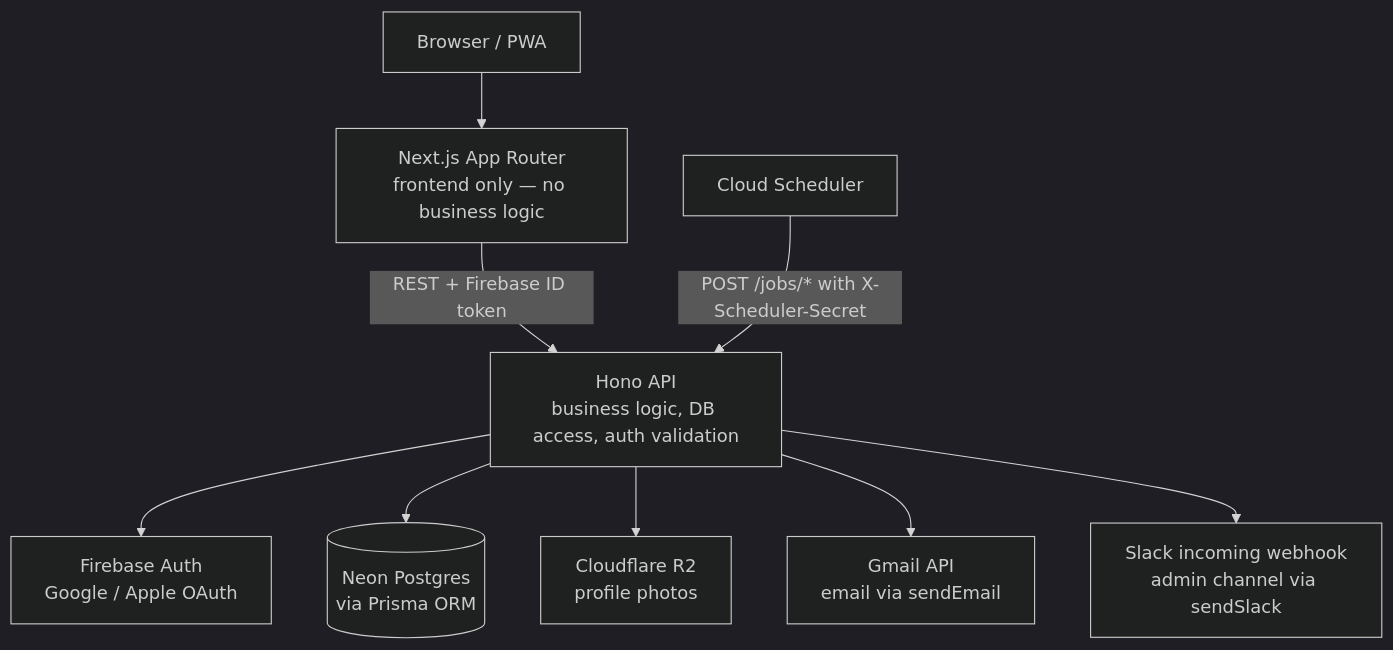
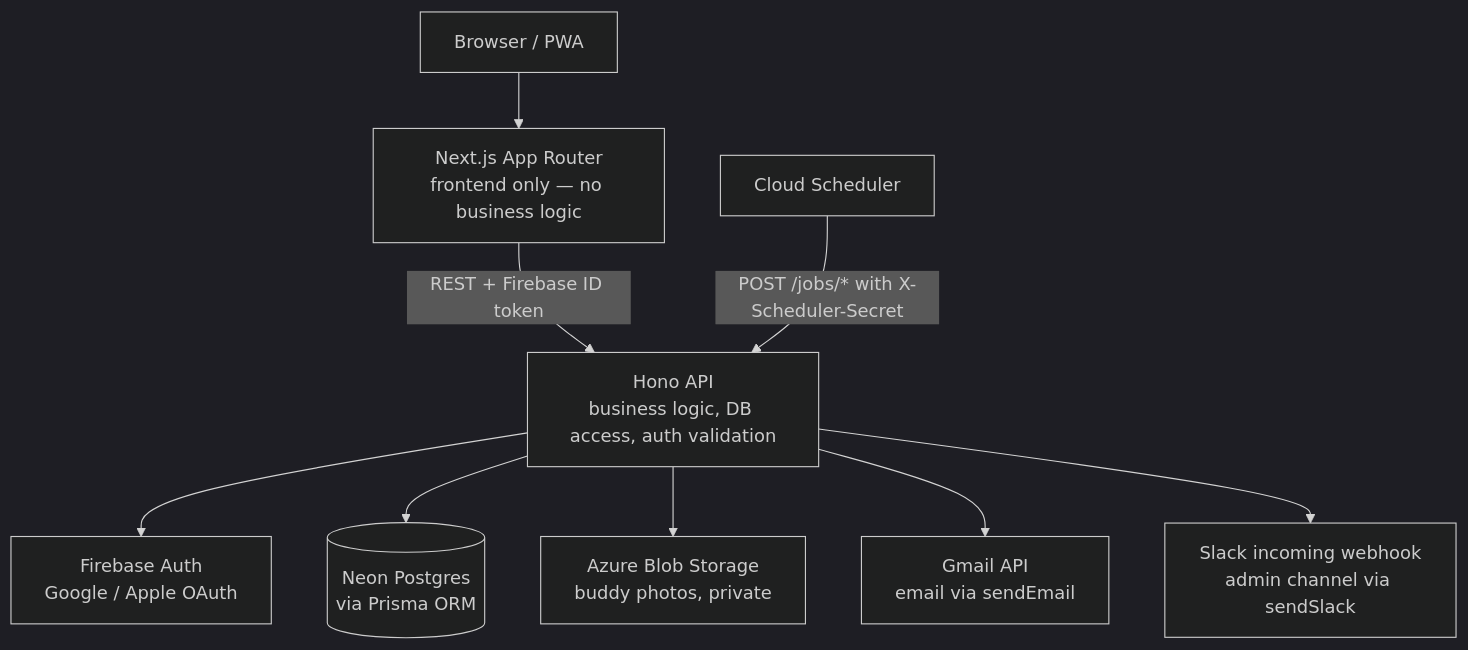
One commit to Lynns0416/buddy-app-copy changed the first of 8 diagrams in docs/architecture.md. Above: the diagram before and after it, drawn with Mermaid (dark theme). The commit also changed other lines of this file and 28 other files, not shown here.

First line of the commit message:
Infra/154 porting photo service from r2 to azure blob (#192)

````diff
--- a/docs/architecture.md
+++ b/docs/architecture.md
@@ -5,22 +5,22 @@
 ```mermaid
 flowchart TD
     Browser["Browser / PWA"]
     Web["Next.js App Router<br/>frontend only — no business logic"]
     API["Hono API<br/>business logic, DB access, auth validation"]
     Sched["Cloud Scheduler"]
 
     Auth["Firebase Auth<br/>Google / Apple OAuth"]
     DB[("Neon Postgres<br/>via Prisma ORM")]
-    R2["Cloudflare R2<br/>profile photos"]
+    Blob["Azure Blob Storage<br/>buddy photos, private"]
     Gmail["Gmail API<br/>email via sendEmail"]
     Slack["Slack incoming webhook<br/>admin channel via sendSlack"]
 
     Browser --> Web
     Web -->|"REST + Firebase ID token"| API
     Sched -->|"POST /jobs/* with X-Scheduler-Secret"| API
     API --> Auth
     API --> DB
-    API --> R2
+    API --> Blob
     API --> Gmail
     API --> Slack
 ```
````
